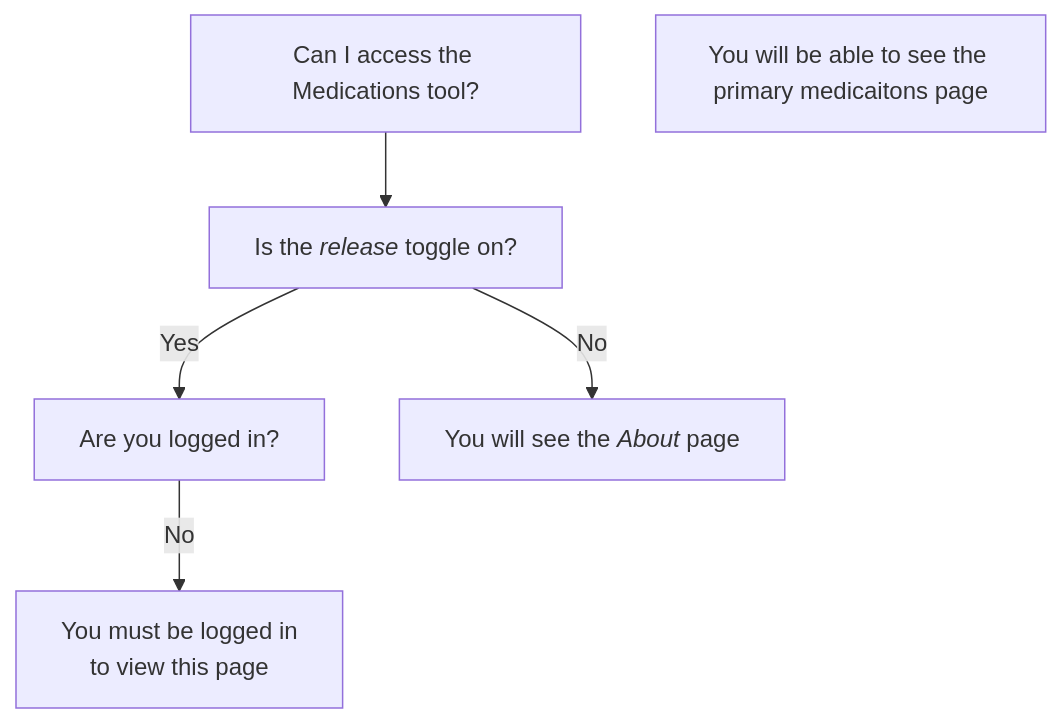
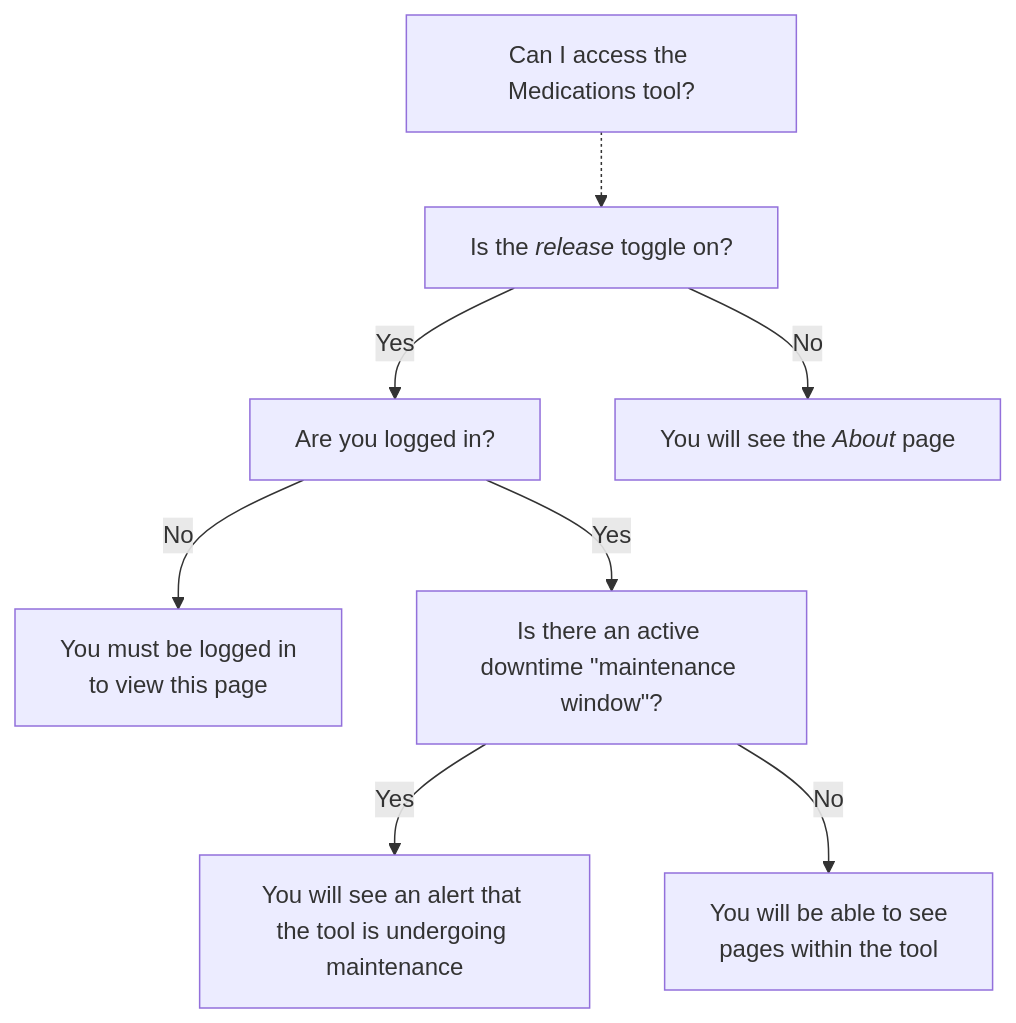
Before and after one commit to department-of-veterans-affairs/va.gov-team: the second of 3 diagrams in products/health-care/digital-health-modernization/engineering/mhv-access-visibility-graphs.md, drawn with Mermaid. The commit also changed other lines of this file, not shown here.

First line of the commit message:
Update mhv-access-visibility-graphs.md

````diff
--- a/products/health-care/digital-health-modernization/engineering/mhv-access-visibility-graphs.md
+++ b/products/health-care/digital-health-modernization/engineering/mhv-access-visibility-graphs.md
@@ -47,15 +59,20 @@
 ```mermaid
 graph TD
 
 Meds.AccessQ[Can I access the Medications tool?]
 Meds.LoggedInQ[Are you logged in?]
 Meds.ReleaseToggleQ[Is the <i>release</i> toggle on?]
 Meds.AboutPage[You will see the <i>About</i> page]
 Meds.AuthReq[You must be logged in <br>to view this page]
-Meds.AcessAllowed[You will be able to see the primary medicaitons page]
+Meds.DowntimeQ[Is there an active <br>downtime #quot;maintenance window#quot;?]
+Meds.ShowDowntime[You will see an alert that <br>the tool is undergoing maintenance]
+Meds.AccessAllowed[You will be able to see <br>pages within the tool]
 
-Meds.AccessQ --> Meds.ReleaseToggleQ
+Meds.AccessQ -.-> Meds.ReleaseToggleQ
 Meds.ReleaseToggleQ -->|No| Meds.AboutPage
 Meds.ReleaseToggleQ -->|Yes| Meds.LoggedInQ 
 Meds.LoggedInQ -->|No| Meds.AuthReq
+Meds.LoggedInQ -->|Yes| Meds.DowntimeQ
+Meds.DowntimeQ --> |Yes| Meds.ShowDowntime
+Meds.DowntimeQ --> |No| Meds.AccessAllowed
 ```
````
